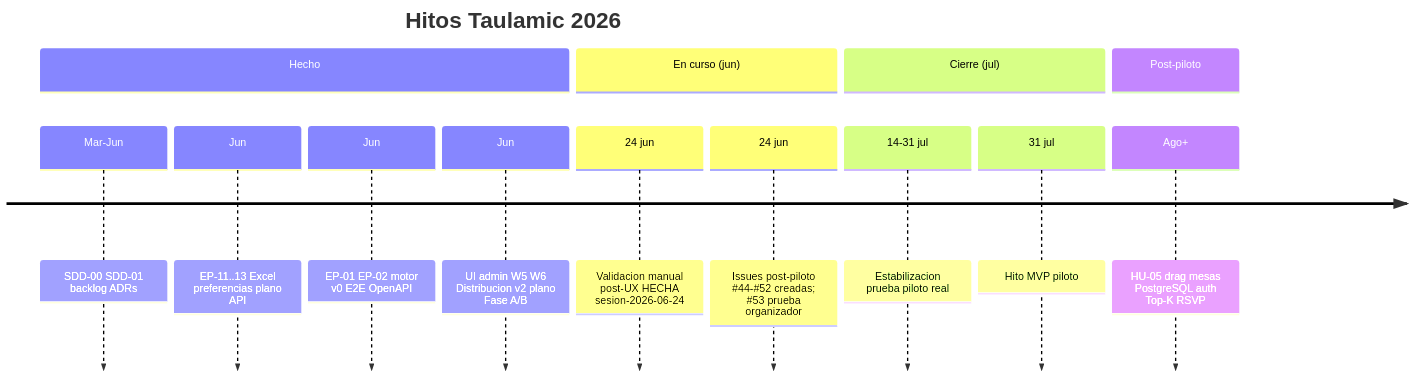
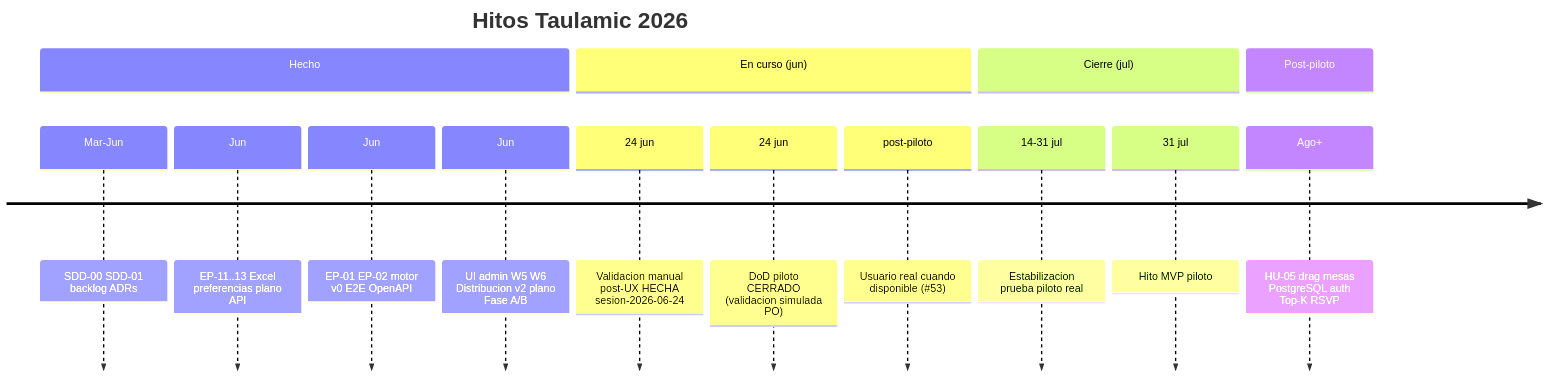
One commit to quintasc/taulamic changed the second of 3 diagrams in docs/agile/roadmap-mvp-julio.md. Above: the diagram before and after it, drawn with Mermaid. The commit also changed other lines of this file and 5 other files, not shown here.

First line of the commit message:
docs(agile): cerrar DoD piloto sin usuario real

````diff
--- a/docs/agile/roadmap-mvp-julio.md
+++ b/docs/agile/roadmap-mvp-julio.md
@@ -87,17 +87,18 @@
 ```mermaid
 timeline
     title Hitos Taulamic 2026
     section Hecho
         Mar-Jun : SDD-00 SDD-01 backlog ADRs
         Jun : EP-11..13 Excel preferencias plano API
         Jun : EP-01 EP-02 motor v0 E2E OpenAPI
         Jun : UI admin W5 W6 Distribucion v2 plano Fase A/B
     section En curso (jun)
         24 jun : Validacion manual post-UX HECHA sesion-2026-06-24
-        24 jun : Issues post-piloto #44-#52 creadas; #53 prueba organizador
+        24 jun : DoD piloto CERRADO (validacion simulada PO)
+        post-piloto : Usuario real cuando disponible (#53)
     section Cierre (jul)
         14-31 jul : Estabilizacion prueba piloto real
         31 jul : Hito MVP piloto
     section Post-piloto
         Ago+ : HU-05 drag mesas PostgreSQL auth Top-K RSVP
 ```
````
